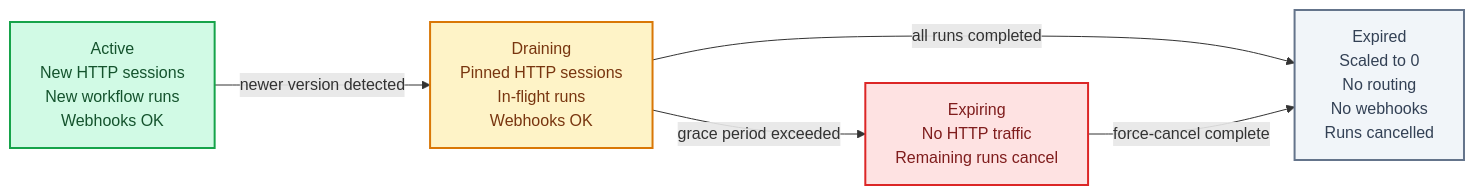
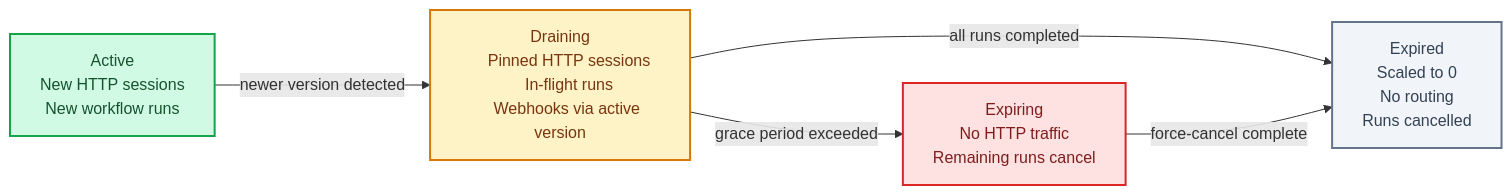
Before and after one commit to platformatic/platformatic-world: the fifth of 5 diagrams in PLATFORMATIC-WORLD-DESIGN.md, drawn with Mermaid. The commit also changed other lines of this file, not shown here.

````diff
--- a/PLATFORMATIC-WORLD-DESIGN.md
+++ b/PLATFORMATIC-WORLD-DESIGN.md
@@ -1014,29 +989,27 @@
 ```mermaid
 graph LR
     Active["Active
     New HTTP sessions
-    New workflow runs
-    Webhooks OK"] -->|"newer version detected"| Draining
+    New workflow runs"] -->|"newer version detected"| Draining
 
     Draining["Draining
     Pinned HTTP sessions
     In-flight runs
-    Webhooks OK"] -->|"all runs completed"| Expired
+    Webhooks via active version"] -->|"all runs completed"| Expired
 
     Draining -->|"grace period exceeded"| Expiring
 
     Expiring["Expiring
     No HTTP traffic
     Remaining runs cancel"] -->|"force-cancel complete"| Expired
 
     Expired["Expired
     Scaled to 0
     No routing
-    No webhooks
     Runs cancelled"]
 
     style Active fill:#d1fae5,stroke:#16a34a,stroke-width:2px,color:#14532d
     style Draining fill:#fef3c7,stroke:#d97706,stroke-width:2px,color:#78350f
     style Expiring fill:#fee2e2,stroke:#dc2626,stroke-width:2px,color:#7f1d1d
     style Expired fill:#f1f5f9,stroke:#64748b,stroke-width:2px,color:#334155
 ```
````
